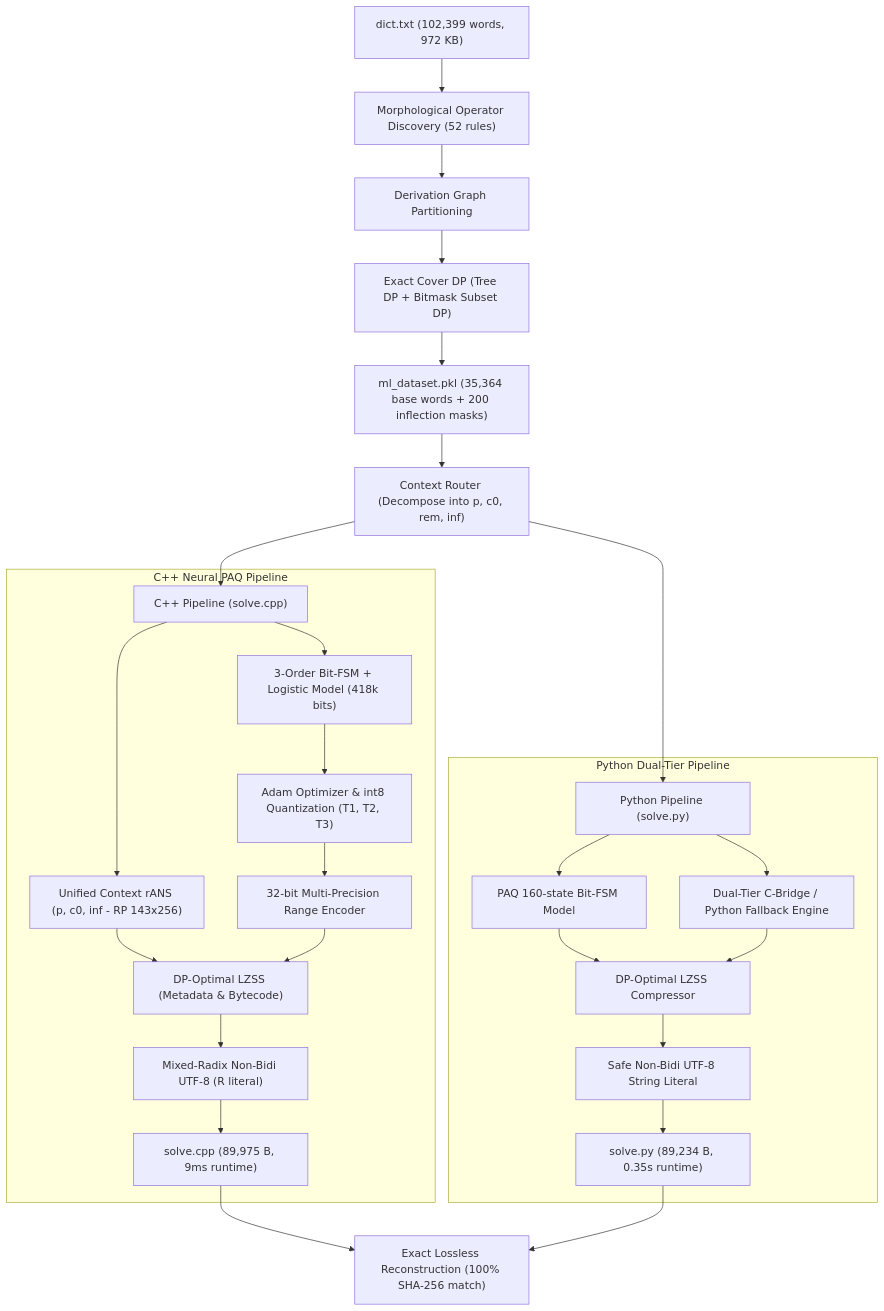
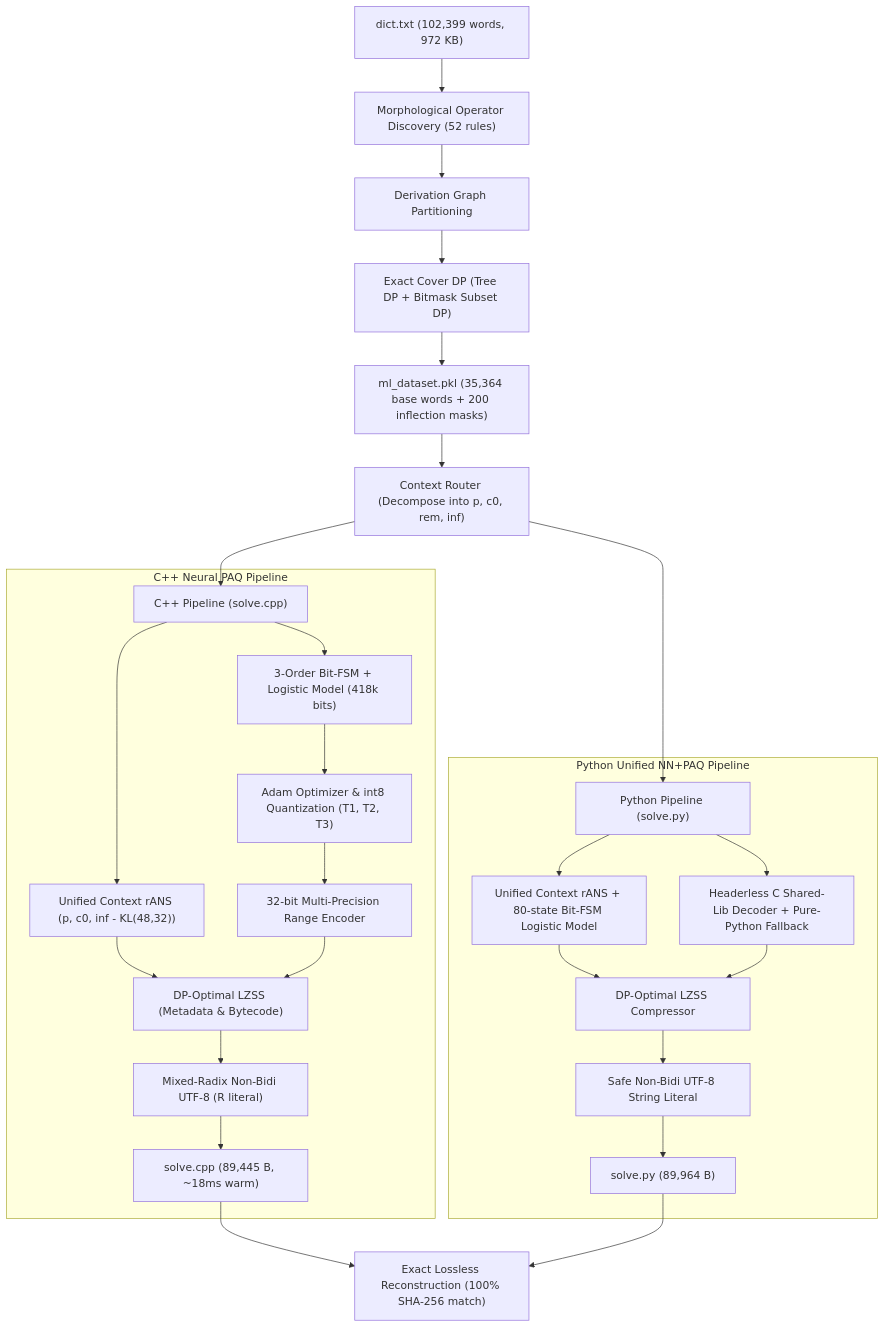
The first of 3 diagrams in README.md (roblar658/workingButSlowMLDictionaryTrainingCompression), drawn with Mermaid before and after one commit. The commit also changed other lines of this file and 21 other files, not shown here.

Commit message:
Unify KL+NN+PAQ C++/Python pipeline, add arbitrary UTF-8 (ÆØÅæøå/') support, fix edge-case asserts, update <88 KiB solvers, and add unit tests

````diff
--- a/README.md
+++ b/README.md
@@ -26,33 +25,33 @@
 ```mermaid
 flowchart TD
     DICT["dict.txt (102,399 words, 972 KB)"] --> DISCOV["Morphological Operator Discovery (52 rules)"]
     DISCOV --> GRAPH["Derivation Graph Partitioning"]
     GRAPH --> COVER_DP["Exact Cover DP (Tree DP + Bitmask Subset DP)"]
     COVER_DP --> DATASET["ml_dataset.pkl (35,364 base words + 200 inflection masks)"]
 
     DATASET --> ROUTER["Context Router (Decompose into p, c0, rem, inf)"]
 
     ROUTER --> TARGET_CPP["C++ Pipeline (solve.cpp)"]
     ROUTER --> TARGET_PY["Python Pipeline (solve.py)"]
 
     subgraph "C++ Neural PAQ Pipeline"
-        TARGET_CPP --> RANS_CPP["Unified Context rANS (p, c0, inf - RP 143x256)"]
+        TARGET_CPP --> RANS_CPP["Unified Context rANS (p, c0, inf - KL(48,32))"]
         TARGET_CPP --> PAQ_CPP["3-Order Bit-FSM + Logistic Model (418k bits)"]
         PAQ_CPP --> ADAM_CPP["Adam Optimizer & int8 Quantization (T1, T2, T3)"]
         ADAM_CPP --> RANGE_CPP["32-bit Multi-Precision Range Encoder"]
         RANS_CPP & RANGE_CPP --> LZSS_CPP["DP-Optimal LZSS (Metadata & Bytecode)"]
         LZSS_CPP --> UTF8_CPP["Mixed-Radix Non-Bidi UTF-8 (R literal)"]
-        UTF8_CPP --> SOLVE_CPP["solve.cpp (89,975 B, 9ms runtime)"]
+        UTF8_CPP --> SOLVE_CPP["solve.cpp (89,445 B, ~18ms warm)"]
     end
 
-    subgraph "Python Dual-Tier Pipeline"
-        TARGET_PY --> PAQ_PY["PAQ 160-state Bit-FSM Model"]
-        TARGET_PY --> BRIDGE_PY["Dual-Tier C-Bridge / Python Fallback Engine"]
-        PAQ_PY & BRIDGE_PY --> LZSS_PY["DP-Optimal LZSS Compressor"]
+    subgraph "Python Unified NN+PAQ Pipeline"
+        TARGET_PY --> RANS_PY["Unified Context rANS + 80-state Bit-FSM Logistic Model"]
+        TARGET_PY --> BRIDGE_PY["Headerless C Shared-Lib Decoder + Pure-Python Fallback"]
+        RANS_PY & BRIDGE_PY --> LZSS_PY["DP-Optimal LZSS Compressor"]
         LZSS_PY --> UTF8_PY["Safe Non-Bidi UTF-8 String Literal"]
-        UTF8_PY --> SOLVE_PY["solve.py (89,234 B, 0.35s runtime)"]
+        UTF8_PY --> SOLVE_PY["solve.py (89,964 B)"]
     end
 
     SOLVE_CPP --> LOSSLESS["Exact Lossless Reconstruction (100% SHA-256 match)"]
     SOLVE_PY --> LOSSLESS
 ```
````
